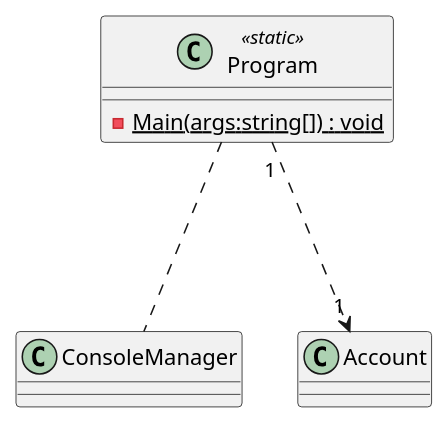
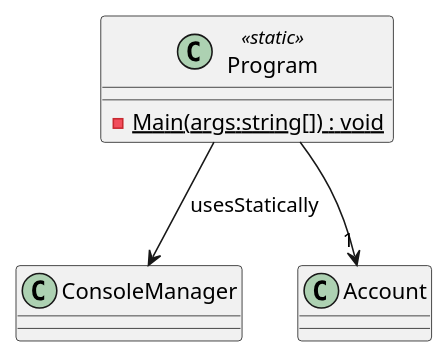
The diagram in TM_Lab_1/UMLParts/Program.puml (john-bartu/cut-oot), drawn with PlantUML before and after one commit. The commit also changed 8 other files, not shown here.

```diff
--- a/TM_Lab_1/UMLParts/Program.puml
+++ b/TM_Lab_1/UMLParts/Program.puml
@@ -1,10 +1,10 @@
 @startuml
 class Program <<static>> {
     - {static} Main(args:string[]) : void
 }
 
-Program ... ConsoleManager
+Program -->  ConsoleManager : usesStatically
 
-Program "1" ...> "1" Account
+Program --> "1" Account
 
 @enduml
```
